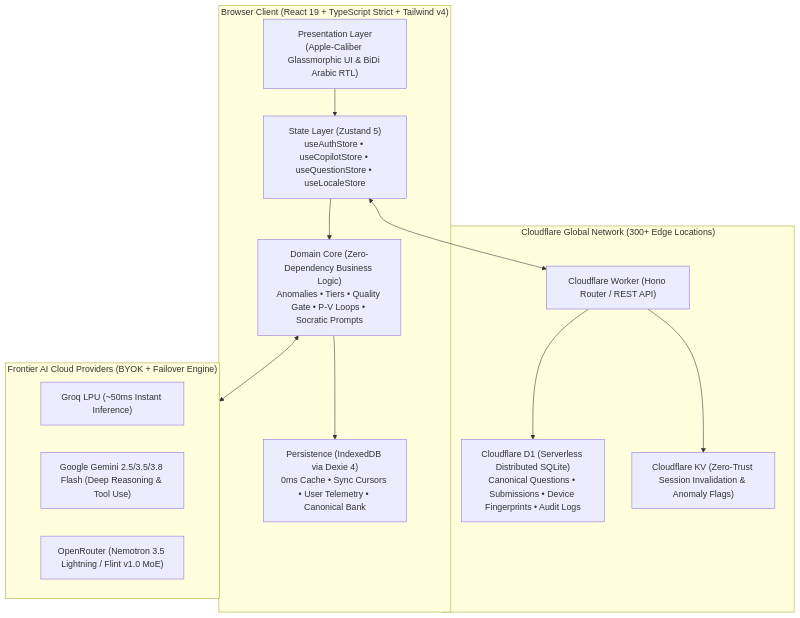
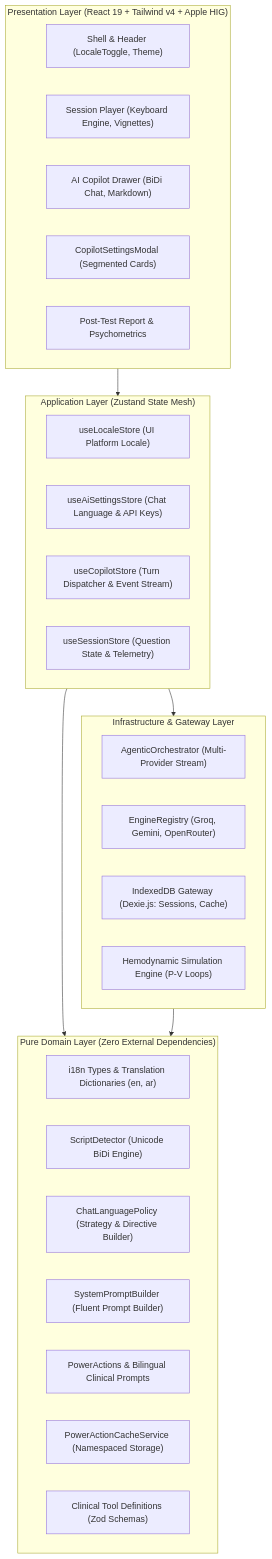
One commit to mostafammy/med-quests-apps changed the first of 4 diagrams in README.md. Above: the diagram before and after it, drawn with Mermaid. The commit also changed other lines of this file, not shown here.

Commit message:
docs: enrich README with comprehensive bilingual architecture, SOLID principles, and diagrams

````diff
--- a/README.md
+++ b/README.md
@@ -18,29 +54,39 @@
 ```mermaid
-flowchart TD
-    subgraph Client["Browser Client (React 19 + TypeScript Strict + Tailwind v4)"]
-        UI["Presentation Layer\n(Apple-Caliber Glassmorphic UI & BiDi Arabic RTL)"]
-        Stores["State Layer (Zustand 5)\nuseAuthStore • useCopilotStore • useQuestionStore • useLocaleStore"]
-        Domain["Domain Core (Zero-Dependency Business Logic)\nAnomalies • Tiers • Quality Gate • P-V Loops • Socratic Prompts"]
-        Storage["Persistence (IndexedDB via Dexie 4)\n0ms Cache • Sync Cursors • User Telemetry • Canonical Bank"]
+graph TB
+    subgraph Presentation_Layer ["Presentation Layer (React 19 + Tailwind v4 + Apple HIG)"]
+        UI_Shell["Shell & Header (LocaleToggle, Theme)"]
+        UI_Session["Session Player (Keyboard Engine, Vignettes)"]
+        UI_Copilot["AI Copilot Drawer (BiDi Chat, Markdown)"]
+        UI_Settings["CopilotSettingsModal (Segmented Cards)"]
+        UI_Report["Post-Test Report & Psychometrics"]
     end
 
-    subgraph Edge["Cloudflare Global Network (300+ Edge Locations)"]
-        Worker["Cloudflare Worker (Hono Router / REST API)"]
-        D1["Cloudflare D1 (Serverless Distributed SQLite)\nCanonical Questions • Submissions • Device Fingerprints • Audit Logs"]
-        KV["Cloudflare KV (Zero-Trust Session Invalidation & Anomaly Flags)"]
+    subgraph Application_Layer ["Application Layer (Zustand State Mesh)"]
+        Store_Locale["useLocaleStore (UI Platform Locale)"]
+        Store_AiSettings["useAiSettingsStore (Chat Language & API Keys)"]
+        Store_Copilot["useCopilotStore (Turn Dispatcher & Event Stream)"]
+        Store_Session["useSessionStore (Question State & Telemetry)"]
     end
 
-    subgraph External["Frontier AI Cloud Providers (BYOK + Failover Engine)"]
-        Groq["Groq LPU (~50ms Instant Inference)"]
-        Gemini["Google Gemini 2.5/3.5/3.8 Flash (Deep Reasoning & Tool Use)"]
-        OpenRouter["OpenRouter (Nemotron 3.5 Lightning / Flint v1.0 MoE)"]
+    subgraph Domain_Layer ["Pure Domain Layer (Zero External Dependencies)"]
+        Domain_i18n["i18n Types & Translation Dictionaries (en, ar)"]
+        Domain_Script["ScriptDetector (Unicode BiDi Engine)"]
+        Domain_Policy["ChatLanguagePolicy (Strategy & Directive Builder)"]
+        Domain_Prompt["SystemPromptBuilder (Fluent Prompt Builder)"]
+        Domain_Power["PowerActions & Bilingual Clinical Prompts"]
+        Domain_Cache["PowerActionCacheService (Namespaced Storage)"]
+        Domain_Tools["Clinical Tool Definitions (Zod Schemas)"]
     end
 
-    UI --> Stores
-    Stores --> Domain
-    Domain --> Storage
-    Stores <--> Worker
-    Worker --> D1
-    Worker --> KV
-    Domain <--> External
+    subgraph Infrastructure_Layer ["Infrastructure & Gateway Layer"]
+        Infra_Orch["AgenticOrchestrator (Multi-Provider Stream)"]
+        Infra_Engines["EngineRegistry (Groq, Gemini, OpenRouter)"]
+        Infra_Storage["IndexedDB Gateway (Dexie.js: Sessions, Cache)"]
+        Infra_Sim["Hemodynamic Simulation Engine (P-V Loops)"]
+    end
+
+    Presentation_Layer --> Application_Layer
+    Application_Layer --> Domain_Layer
+    Infrastructure_Layer --> Domain_Layer
+    Application_Layer --> Infrastructure_Layer
 ```
````
